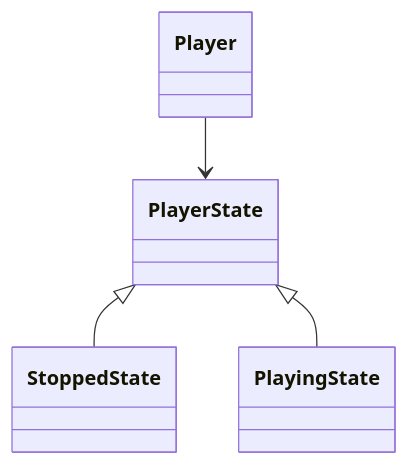
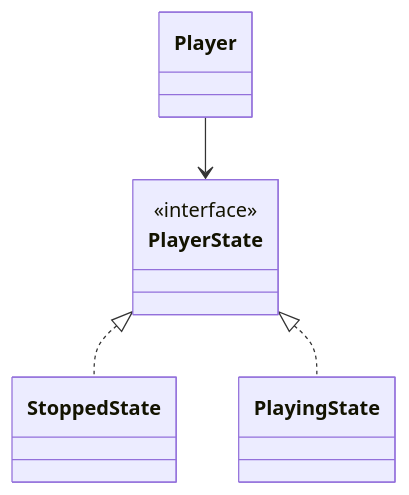
Before and after one commit to remideboer/pys: the second of 2 diagrams in examples/design_patterns/behavioral/state.md, drawn with Mermaid. The commit also changed 23 other files, not shown here.

````diff
--- a/examples/design_patterns/behavioral/state.md
+++ b/examples/design_patterns/behavioral/state.md
@@ -34,10 +34,12 @@
 ```mermaid
 classDiagram
     class Player
-    class PlayerState
+    class PlayerState {
+        <<interface>>
+    }
     class StoppedState
     class PlayingState
     Player --> PlayerState
-    PlayerState <|-- StoppedState
-    PlayerState <|-- PlayingState
+    PlayerState <|.. StoppedState
+    PlayerState <|.. PlayingState
 ```
````
